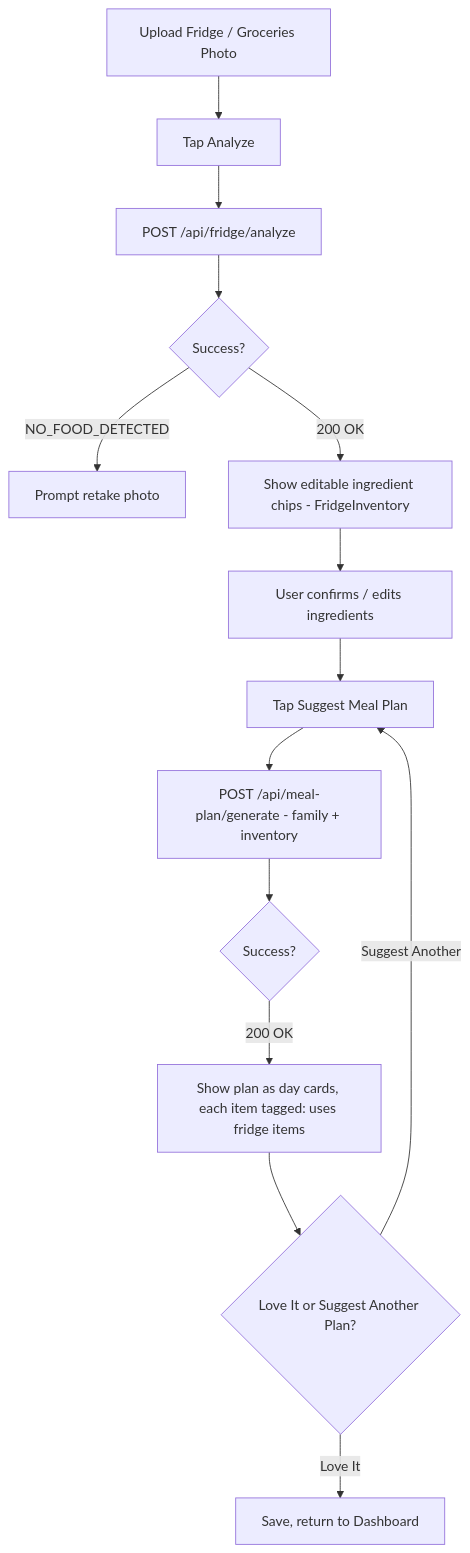
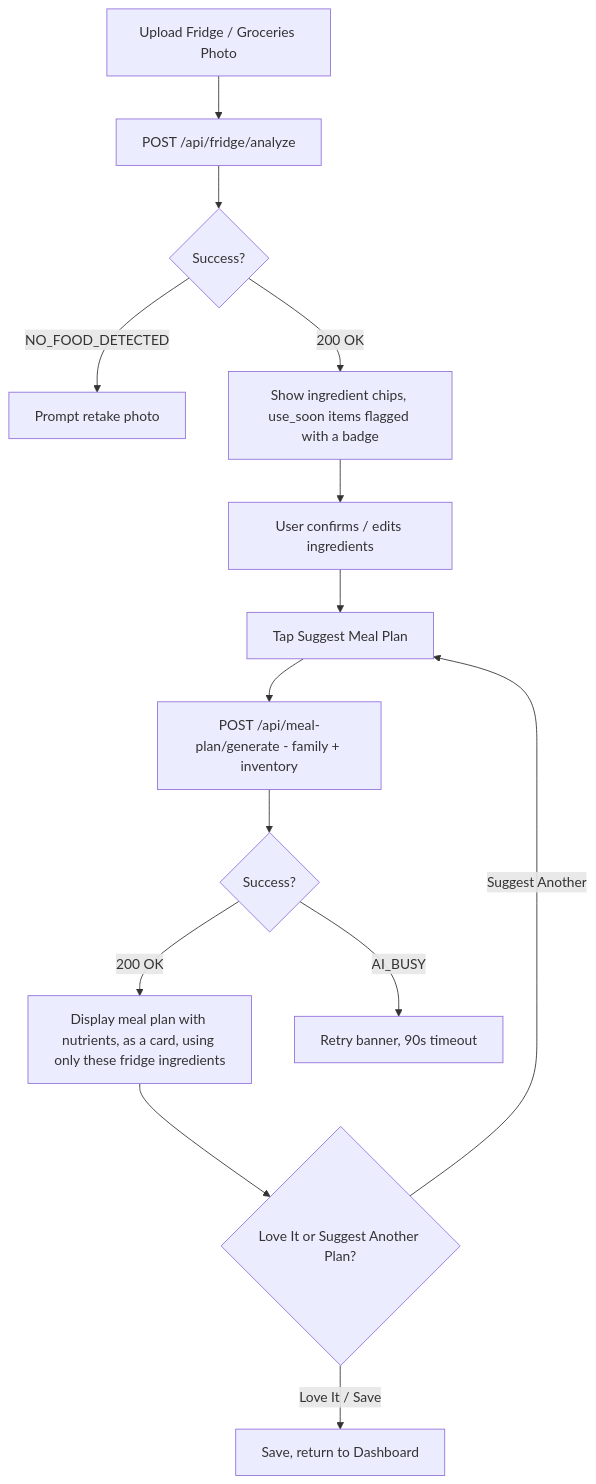
One commit to subhi19/nutriwise-ai changed the seventh of 9 diagrams in docs/frontend-flow-and-business-logic.md. Above: the diagram before and after it, drawn with Mermaid. The commit also changed other lines of this file, not shown here.

Commit message:
Update frontend doc v1.2: finalize per-day meal type selection

````diff
--- a/docs/frontend-flow-and-business-logic.md
+++ b/docs/frontend-flow-and-business-logic.md
@@ -233,16 +224,16 @@
 ```mermaid
 flowchart TD
-    A[Upload Fridge / Groceries Photo] --> B[Tap Analyze]
-    B --> C[POST /api/fridge/analyze]
-    C --> D{Success?}
-    D -->|NO_FOOD_DETECTED| E[Prompt retake photo]
-    D -->|200 OK| F[Show editable ingredient chips - FridgeInventory]
-    F --> G[User confirms / edits ingredients]
-    G --> H[Tap Suggest Meal Plan]
-    H --> I[POST /api/meal-plan/generate - family + inventory]
-    I --> J{Success?}
-    J -->|200 OK| K[Show plan as day cards, each item tagged: uses fridge items]
-    K --> L{Love It or Suggest Another Plan?}
-    L -->|Love It| M[Save, return to Dashboard]
-    L -->|Suggest Another| H
+    A[Upload Fridge / Groceries Photo] --> B[POST /api/fridge/analyze]
+    B --> C{Success?}
+    C -->|NO_FOOD_DETECTED| D[Prompt retake photo]
+    C -->|200 OK| E[Show ingredient chips, use_soon items flagged with a badge]
+    E --> F[User confirms / edits ingredients]
+    F --> G[Tap Suggest Meal Plan]
+    G --> H[POST /api/meal-plan/generate - family + inventory]
+    H --> I{Success?}
+    I -->|200 OK| J[Display meal plan with nutrients, as a card, using only these fridge ingredients]
+    I -->|AI_BUSY| K[Retry banner, 90s timeout]
+    J --> L{Love It or Suggest Another Plan?}
+    L -->|Suggest Another| G
+    L -->|Love It / Save| M[Save, return to Dashboard]
 ```
````
